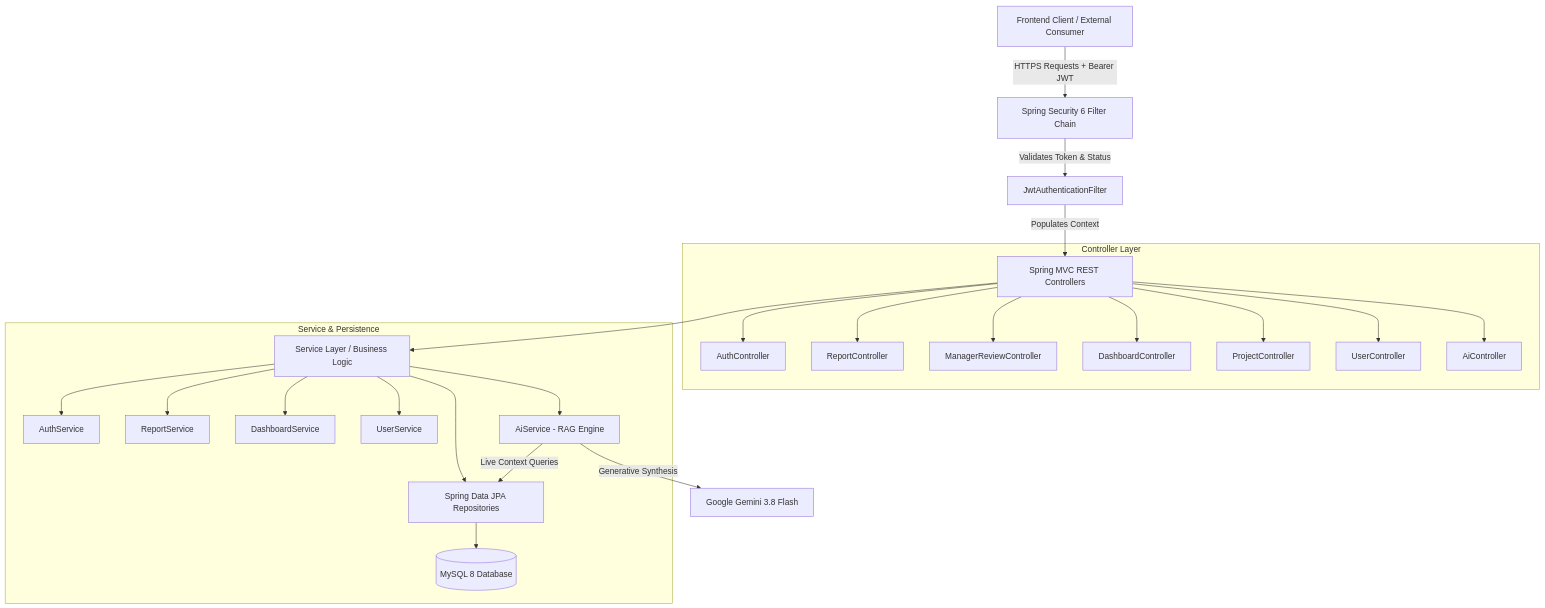
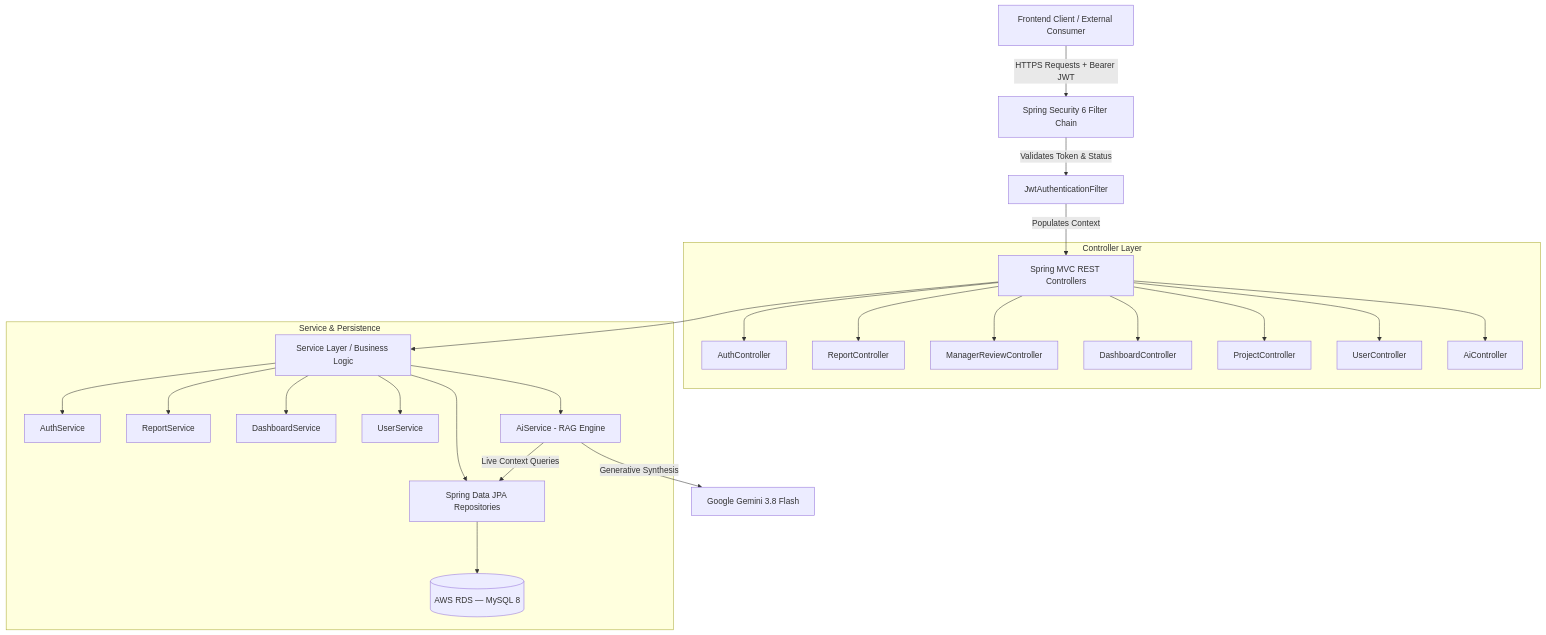
One commit to SachinthaNimesh370/Weekly_Report_dashboard_backend changed the first of 2 diagrams in README.md. Above: the diagram before and after it, drawn with Mermaid. The commit also changed other lines of this file, not shown here.

Commit message:
docs: add AWS RDS (MySQL 8.0) references to README

````diff
--- a/README.md
+++ b/README.md
@@ -40,31 +41,31 @@
 ```mermaid
 graph TD
     Client[Frontend Client / External Consumer] -->|HTTPS Requests + Bearer JWT| Security[Spring Security 6 Filter Chain]
     Security -->|Validates Token & Status| JwtFilter[JwtAuthenticationFilter]
     JwtFilter -->|Populates Context| Controllers[Spring MVC REST Controllers]
 
     subgraph Controller Layer
         Controllers --> AuthCtrl[AuthController]
         Controllers --> ReportCtrl[ReportController]
         Controllers --> ManagerCtrl[ManagerReviewController]
         Controllers --> DashCtrl[DashboardController]
         Controllers --> ProjectCtrl[ProjectController]
         Controllers --> UserCtrl[UserController]
         Controllers --> AiCtrl[AiController]
     end
 
     Controllers --> Services[Service Layer / Business Logic]
 
     subgraph Service & Persistence
         Services --> AuthService[AuthService]
         Services --> ReportService[ReportService]
         Services --> DashboardService[DashboardService]
         Services --> UserService[UserService]
         Services --> AiService[AiService - RAG Engine]
         Services --> Repos[Spring Data JPA Repositories]
-        Repos --> MySQL[(MySQL 8 Database)]
+        Repos ---> RDS[(AWS RDS — MySQL 8)]
     end
 
     AiService -->|Live Context Queries| Repos
     AiService -->|Generative Synthesis| Gemini[Google Gemini 3.8 Flash]
 ```
````
